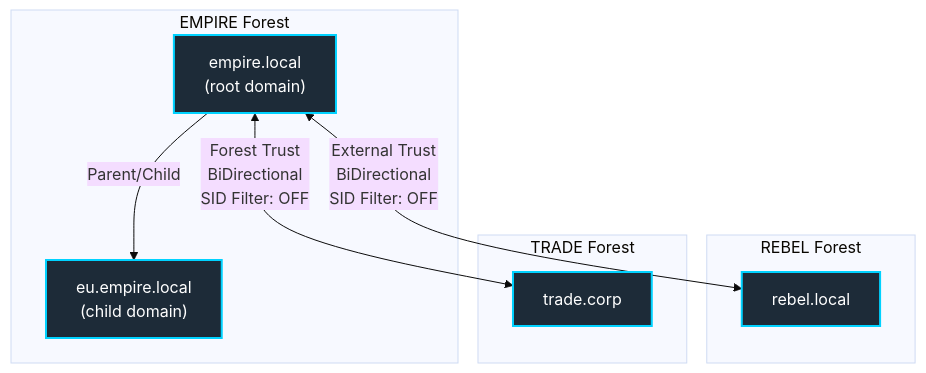
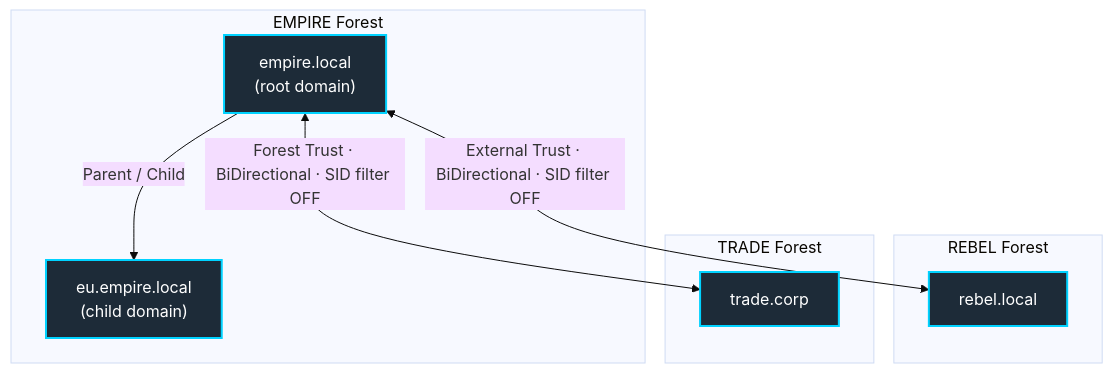
One commit to sanchitsahni/Damn-Vunerable-Active-Directory changed the second of 3 diagrams in README.md. Above: the diagram before and after it, drawn with Mermaid (base theme). The commit also changed other lines of this file, not shown here.

````diff
--- a/README.md
+++ b/README.md
@@ -51,21 +46,19 @@
 ```mermaid
 graph TD
     classDef domain fill:#1d2b38,stroke:#00d2ff,stroke-width:2px,color:#fff;
-    
+
     subgraph EMPIRE Forest
         EMPIRE["empire.local<br/>(root domain)"]:::domain
         EU["eu.empire.local<br/>(child domain)"]:::domain
-        EMPIRE -- "Parent/Child" --> EU
+        EMPIRE -- "Parent / Child" --> EU
     end
-    
     subgraph REBEL Forest
         FIN["rebel.local"]:::domain
     end
-    
     subgraph TRADE Forest
         TRADE["trade.corp"]:::domain
     end
-    
-    EMPIRE <-->|External Trust<br/>BiDirectional<br/>SID Filter: OFF| FIN
-    EMPIRE <-->|Forest Trust<br/>BiDirectional<br/>SID Filter: OFF| TRADE
+
+    EMPIRE <-->|External Trust · BiDirectional · SID filter OFF| FIN
+    EMPIRE <-->|Forest Trust · BiDirectional · SID filter OFF| TRADE
 ```
````
